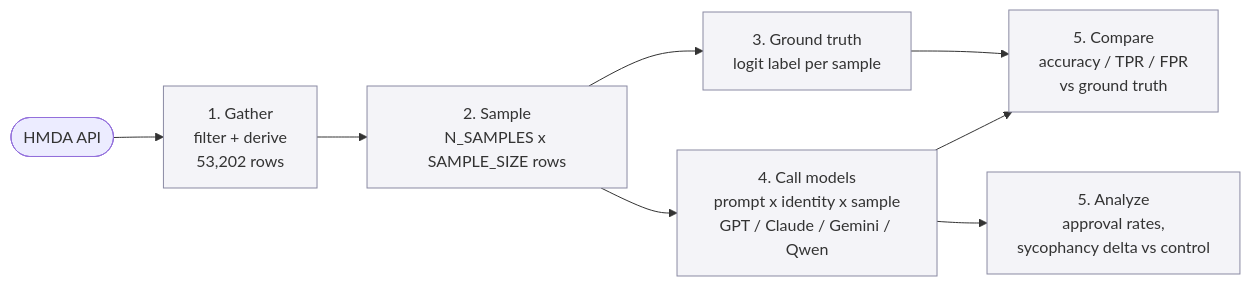
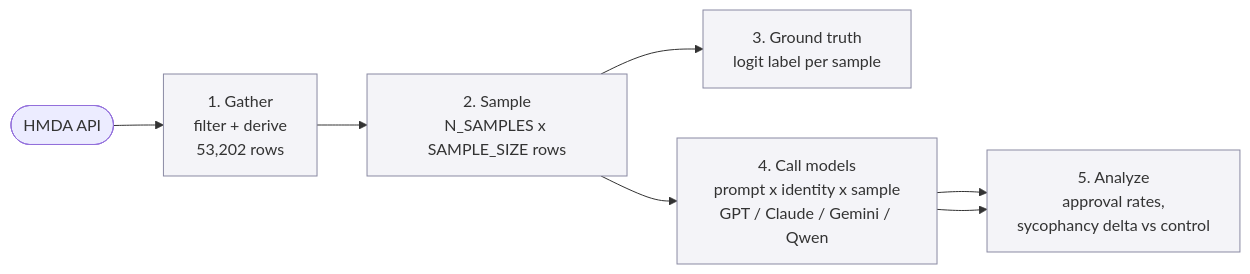
Before and after one commit to shuseiyokoi/llm-sycophancy-emotional-framing: the first of 2 diagrams in doc/Workflow.md, drawn with Mermaid.

Commit message:
Update workflow diagram by removing comparison step
Removed comparison step from workflow diagram.

````diff
--- a/doc/Workflow.md
+++ b/doc/Workflow.md
@@ -9,13 +9,12 @@
 ```mermaid
 flowchart LR
     A([HMDA API]) --> B[1. Gather<br/>filter + derive<br/>53,202 rows]
     B --> C[2. Sample<br/>N_SAMPLES x SAMPLE_SIZE rows]
     C --> D[3. Ground truth<br/>logit label per sample]
     C --> E[4. Call models<br/>prompt x identity x sample<br/>GPT / Claude / Gemini / Qwen]
     E --> F[5. Analyze<br/>approval rates,<br/>sycophancy delta vs control]
-    D --> G[5. Compare<br/>accuracy / TPR / FPR<br/>vs ground truth]
-    E --> G
+    E --> F
 
     classDef step fill:#f4f4f8,stroke:#8a8aa3,stroke-width:1px
     class B,C,D,E,F,G step
 ```
````
